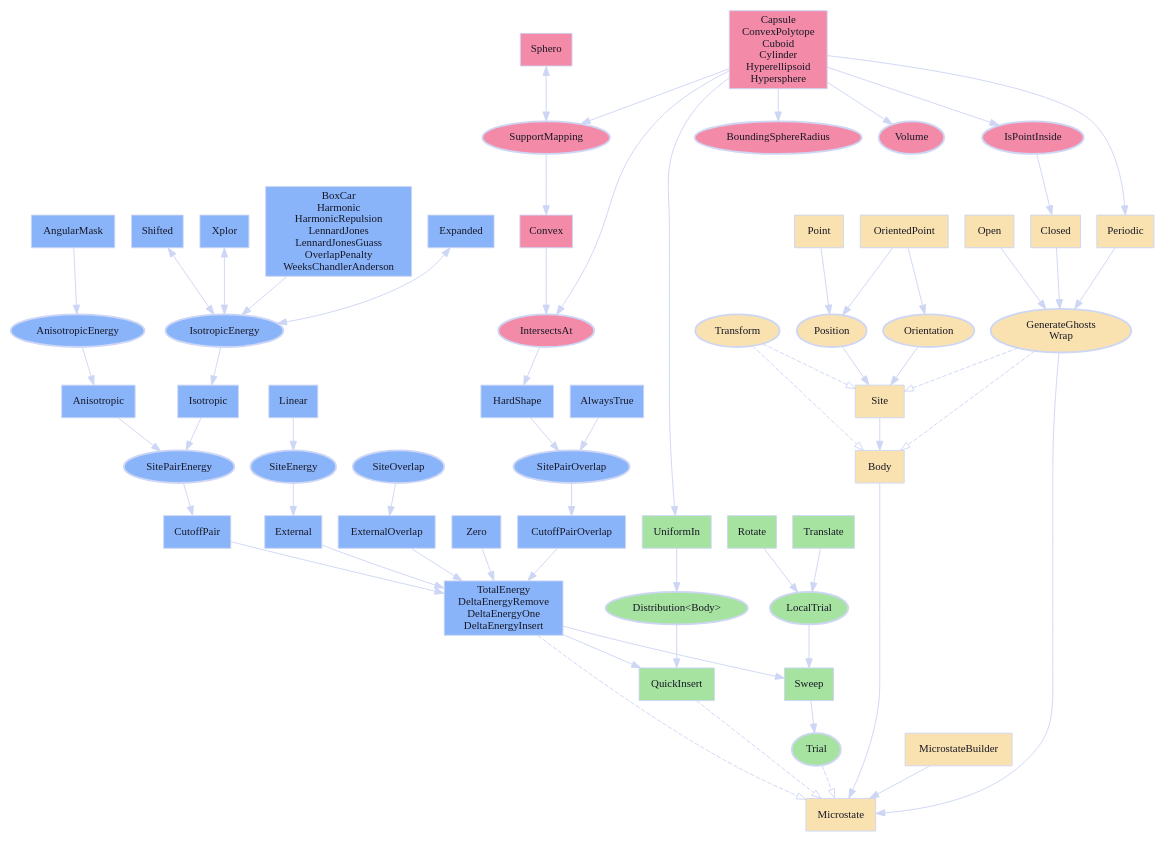
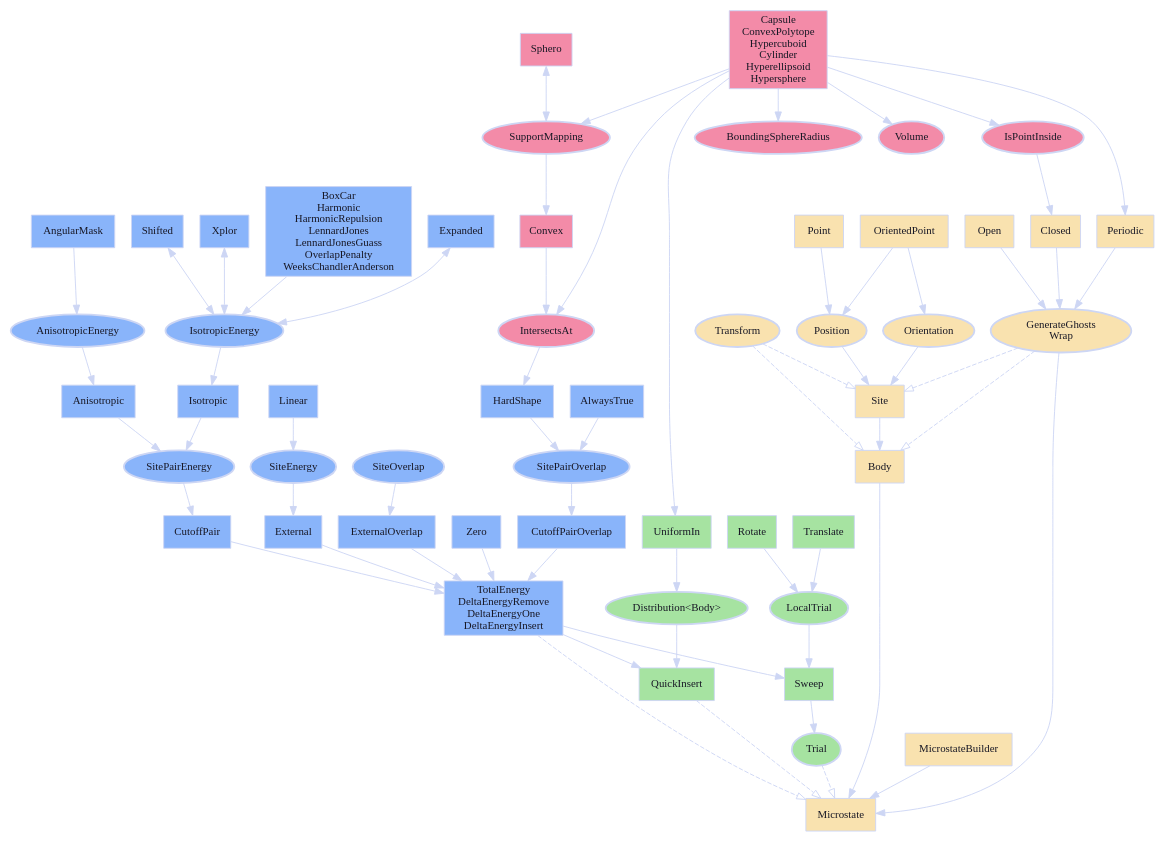
The diagram in doc/figures/structure-dark.dot (glotzerlab/hoomd-rs), drawn with Graphviz before and after one commit. The commit also changed 16 other files, not shown here.

Commit message:
Cuboid -> Hypercuboid.

```diff
--- a/doc/figures/structure-dark.dot
+++ b/doc/figures/structure-dark.dot
@@ -177,7 +177,7 @@
         // Types and their relation to traits
         node [ shape=rectangle, fillcolor="#f38ba8", style="filled"]
 
-        shapes [ label="Capsule\nConvexPolytope\nCuboid\nCylinder\nHyperellipsoid\nHypersphere" ]
+        shapes [ label="Capsule\nConvexPolytope\nHypercuboid\nCylinder\nHyperellipsoid\nHypersphere" ]
 
         shapes -> SupportMapping
         shapes -> Volume
```
